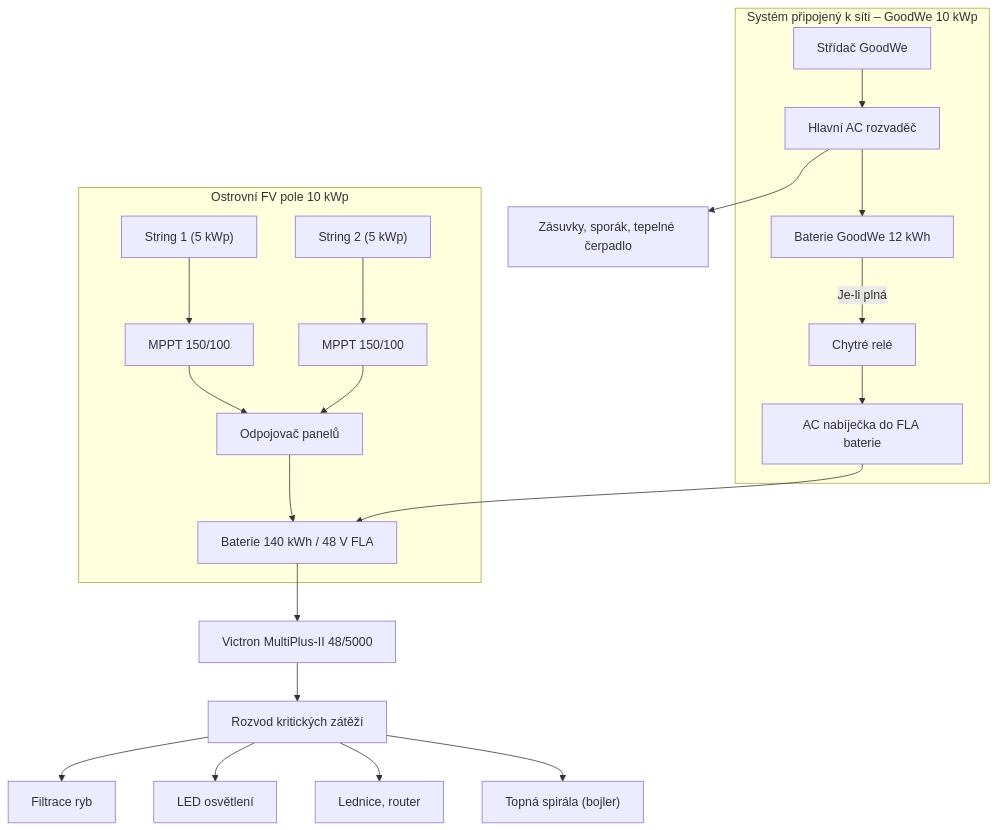
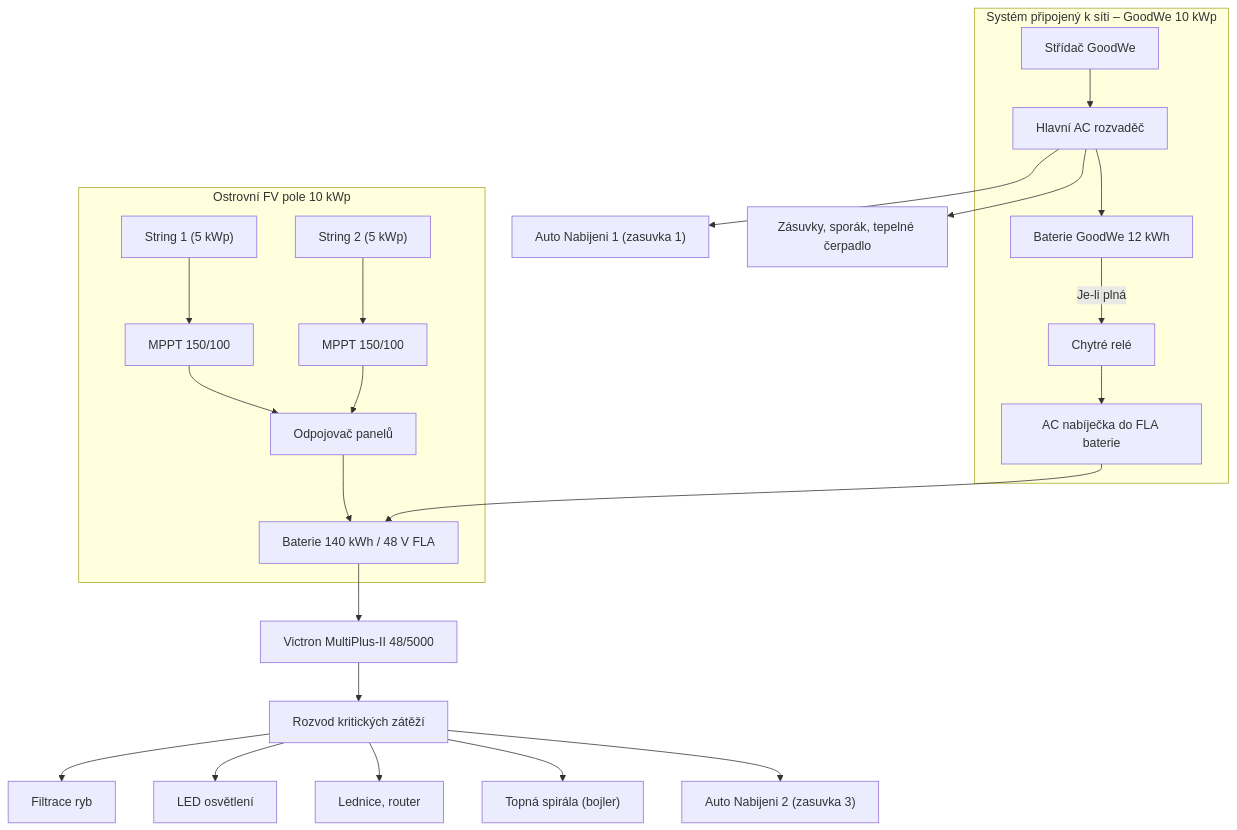
One commit to lballaty/SolarDesingControl changed the first of 2 diagrams in DesignCzech.md. Above: the diagram before and after it, drawn with Mermaid. The commit also changed other lines of this file, not shown here.

````diff
--- a/DesignCzech.md
+++ b/DesignCzech.md
@@ -64,24 +64,26 @@
 ```mermaid
 flowchart TD
     subgraph Panels_A [Ostrovní FV pole 10 kWp]
         PA1["String 1 (5 kWp)"] --> MPPT_A1["MPPT 150/100"]
         PA2["String 2 (5 kWp)"] --> MPPT_A2["MPPT 150/100"]
         DIS_A["Odpojovač panelů"]
         MPPT_A1 --> DIS_A --> BATA["Baterie 140 kWh / 48 V FLA"]
         MPPT_A2 --> DIS_A
     end
 
     subgraph Grid_A [Systém připojený k síti – GoodWe 10 kWp]
         GW_INV_A["Střídač GoodWe"] --> AC_MAINA["Hlavní AC rozvaděč"]
         AC_MAINA --> GW_BATT_A["Baterie GoodWe 12 kWh"]
         GW_BATT_A -->|Je-li plná| RELAYA["Chytré relé"] --> AC_CHG_A["AC nabíječka do FLA baterie"] --> BATA
     end
 
     BATA --> MPA["Victron MultiPlus-II 48/5000"]
     MPA --> AC_OUT_A["Rozvod kritických zátěží"]
     AC_OUT_A --> L1A["Filtrace ryb"]
     AC_OUT_A --> L2A["LED osvětlení"]
     AC_OUT_A --> L3A["Lednice, router"]
     AC_OUT_A --> HEATA["Topná spirála (bojler)"]
+    AC_OUT_A --> AUTO1["Auto Nabijeni 2 (zasuvka 3)"]
+    AC_MAINA --> AUTO2["Auto Nabijeni 1 (zasuvka 1)"]
     AC_MAINA --> L4A["Zásuvky, sporák, tepelné čerpadlo"]
 ```
````
